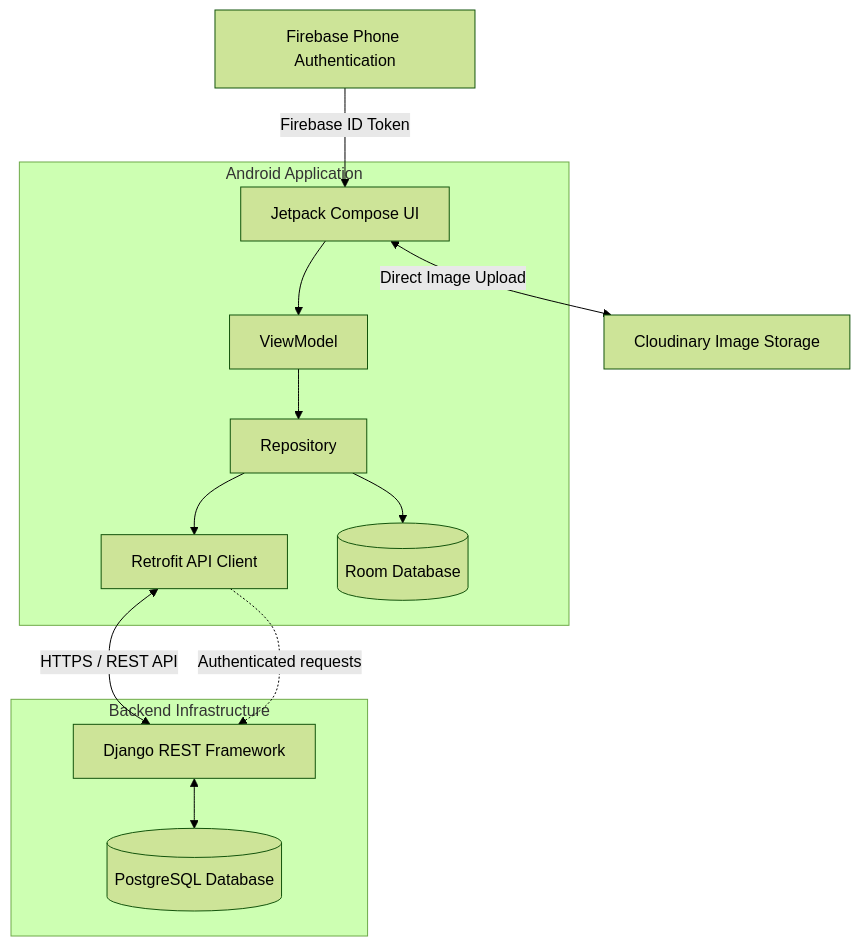
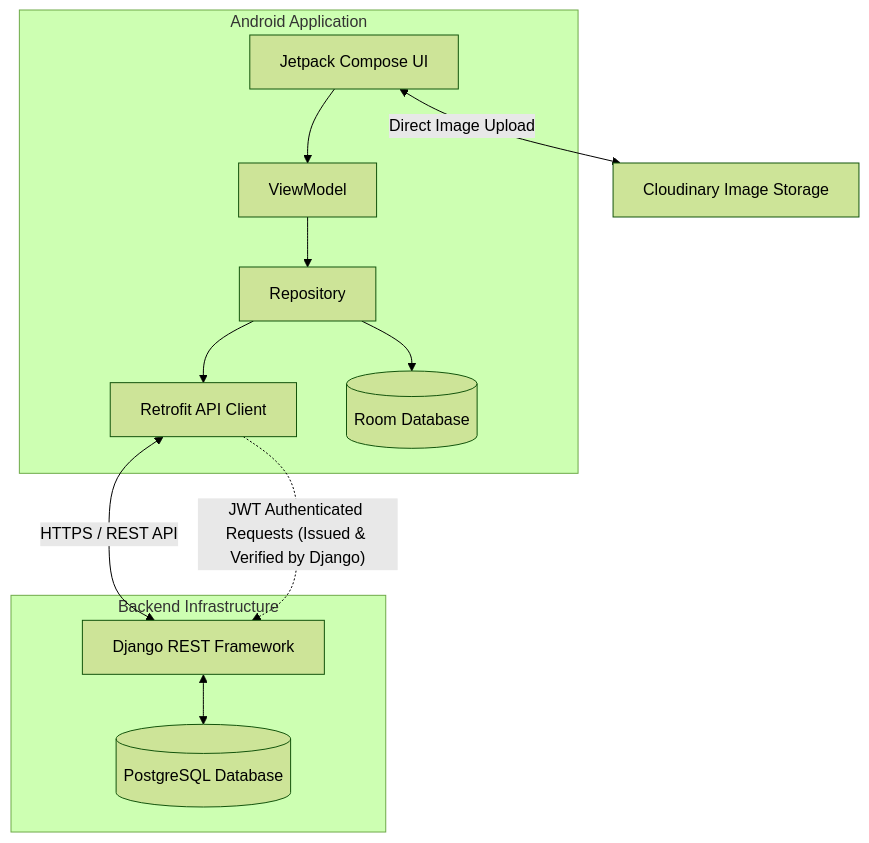
The diagram in README.md (MorshedNabil/smart-krishi-app), drawn with Mermaid (forest theme) before and after one commit. The commit also changed other lines of this file, not shown here.

Commit message:
Fix: Change in system architecture in README file

````diff
--- a/README.md
+++ b/README.md
@@ -45,34 +45,30 @@
 ```mermaid
 flowchart TB
 
     subgraph Android["Android Application"]
         UI["Jetpack Compose UI"]
         VM["ViewModel"]
         Repo["Repository"]
         Retrofit["Retrofit API Client"]
         Room[("Room Database")]
 
         UI --> VM
         VM --> Repo
         Repo --> Room
         Repo --> Retrofit
     end
 
     subgraph Backend["Backend Infrastructure"]
         Django["Django REST Framework"]
         DB[("PostgreSQL Database")]
 
         Django <--> DB
     end
 
-    Firebase["Firebase Phone Authentication"]
     Cloudinary["Cloudinary Image Storage"]
 
-    Firebase -->|"Firebase ID Token"| UI
-
     Retrofit <-->|"HTTPS / REST API"| Django
-
-    Retrofit -.->|"Authenticated requests"| Django
+    Retrofit -.->|"JWT Authenticated Requests (Issued & Verified by Django)"| Django
 
     UI <-->|"Direct Image Upload"| Cloudinary
 ```
````
